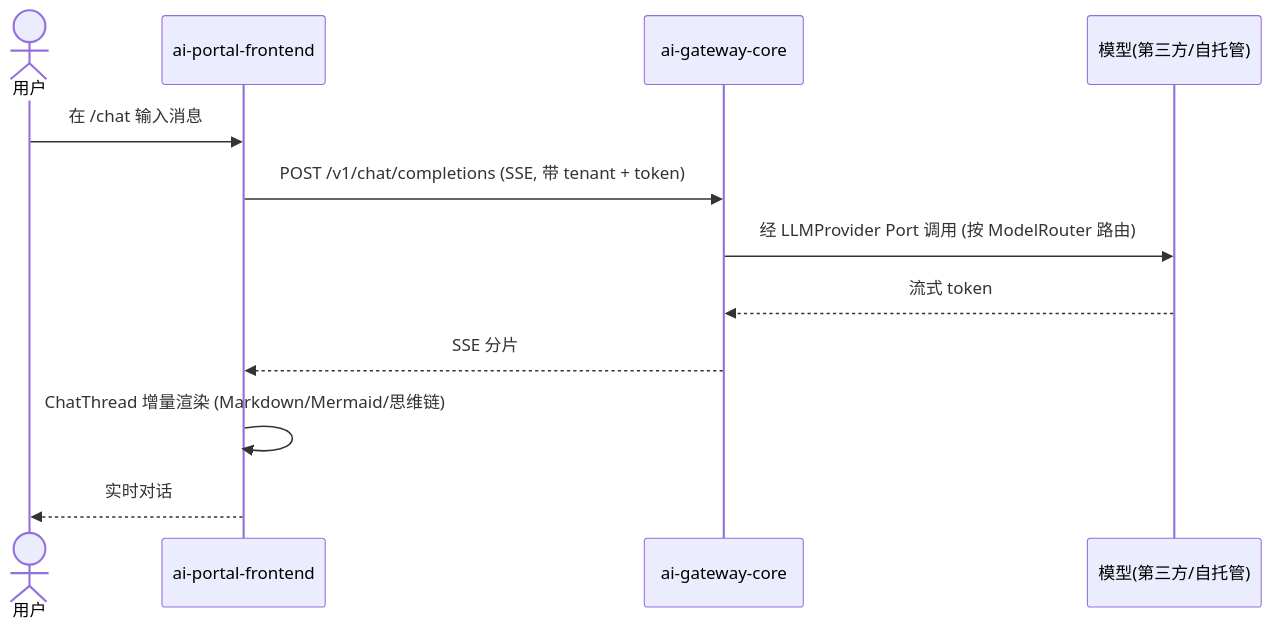
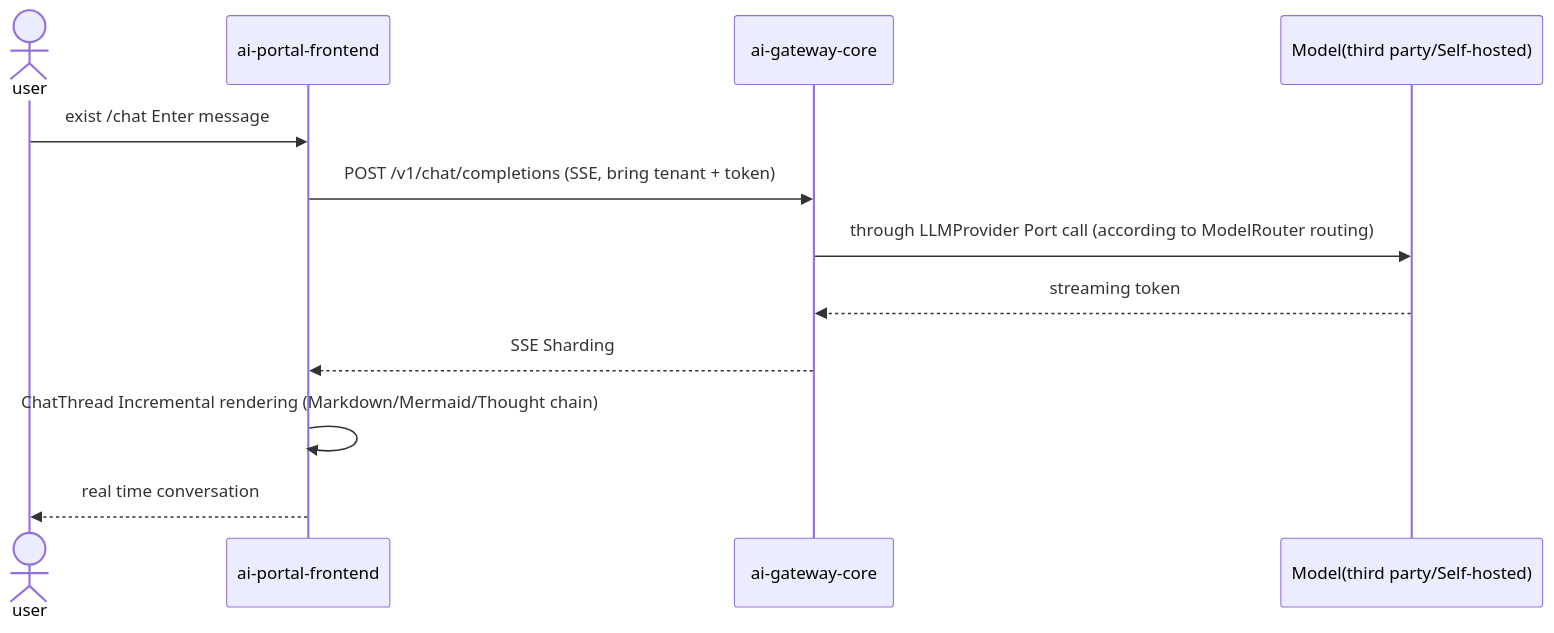
Before and after one commit to open-strata-ai/ai-portal-frontend: the third of 3 diagrams in design/DESIGN.md, drawn with Mermaid. The commit also changed other lines of this file and 9 other files, not shown here.

````diff
--- a/design/DESIGN.md
+++ b/design/DESIGN.md
@@ -122,14 +122,14 @@
 ```mermaid
 sequenceDiagram
-    actor U as 用户
+    actor U as user
     participant P as ai-portal-frontend
     participant GW as ai-gateway-core
-    participant LLM as 模型(第三方/自托管)
-    U->>P: 在 /chat 输入消息
-    P->>GW: POST /v1/chat/completions (SSE, 带 tenant + token)
-    GW->>LLM: 经 LLMProvider Port 调用 (按 ModelRouter 路由)
-    LLM-->>GW: 流式 token
-    GW-->>P: SSE 分片
-    P->>P: ChatThread 增量渲染 (Markdown/Mermaid/思维链)
-    P-->>U: 实时对话
+    participant LLM as Model(third party/Self-hosted)
+    U->>P: exist /chat Enter message
+    P->>GW: POST /v1/chat/completions (SSE, bring tenant + token)
+    GW->>LLM: through LLMProvider Port call (according to ModelRouter routing)
+    LLM-->>GW: streaming token
+    GW-->>P: SSE Sharding
+    P->>P: ChatThread Incremental rendering (Markdown/Mermaid/Thought chain)
+    P-->>U: real time conversation
 ```
````
